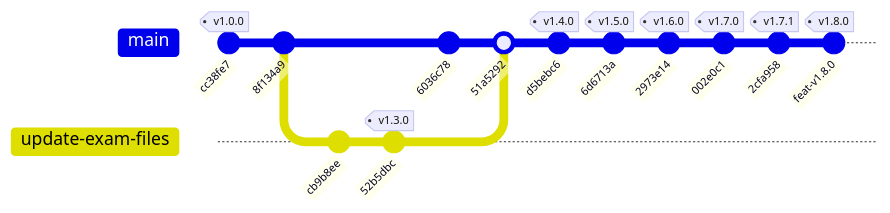
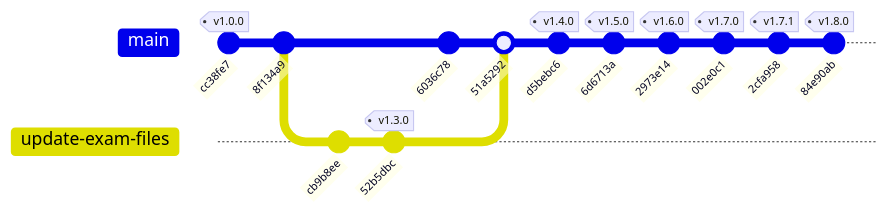
Before and after one commit to renart00001-ux/exam-web: the diagram in README.md, drawn with Mermaid. The commit also changed other lines of this file and 1 other file, not shown here.

Commit message:
docs: sync v1.8.0 timeline and commit records in index.html and README

````diff
--- a/README.md
+++ b/README.md
@@ -44,18 +44,18 @@
 ```mermaid
 gitGraph
     commit id: "cc38fe7" tag: "v1.0.0"
     commit id: "8f134a9"
     branch update-exam-files
     checkout update-exam-files
     commit id: "cb9b8ee"
     commit id: "52b5dbc" tag: "v1.3.0"
     checkout main
     commit id: "6036c78"
     merge update-exam-files id: "51a5292"
     commit id: "d5bebc6" tag: "v1.4.0"
     commit id: "6d6713a" tag: "v1.5.0"
     commit id: "2973e14" tag: "v1.6.0"
     commit id: "002e0c1" tag: "v1.7.0"
     commit id: "2cfa958" tag: "v1.7.1"
-    commit id: "feat-v1.8.0" tag: "v1.8.0"
+    commit id: "84e90ab" tag: "v1.8.0"
 ```
````
